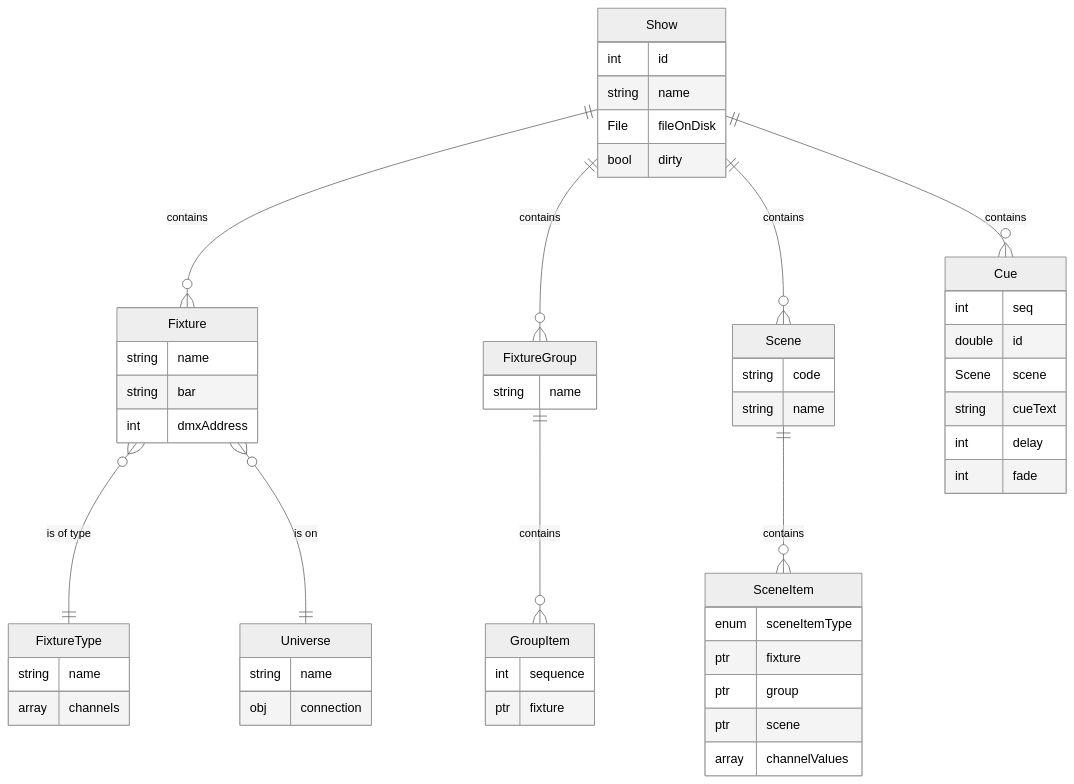
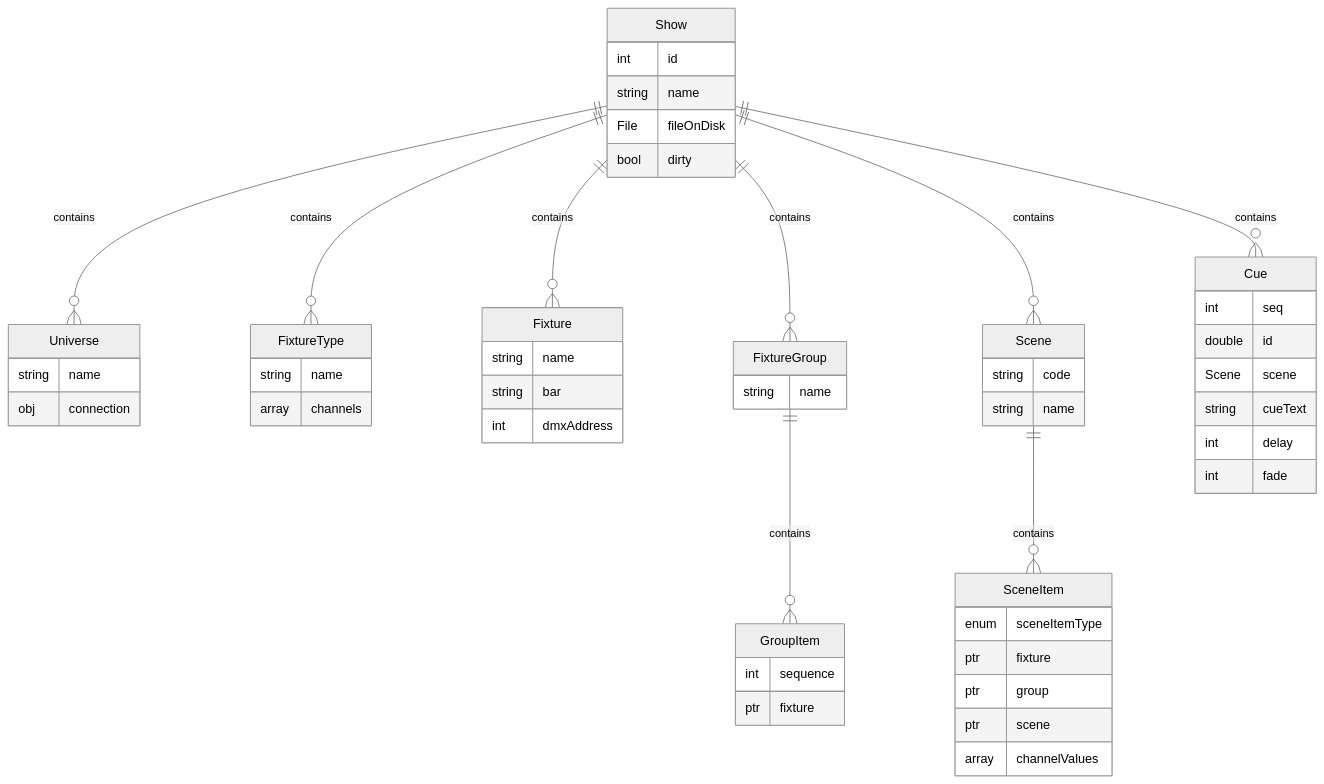
Before and after one commit to BrendanTWhite/Footlight: the diagram in docs/class_diagram.md, drawn with Mermaid (neutral theme).

Commit message:
better ER diagram

````diff
--- a/docs/class_diagram.md
+++ b/docs/class_diagram.md
@@ -5,72 +5,63 @@
 ```mermaid
 erDiagram
 
 Show {
     int id
     string name
     File fileOnDisk
     bool dirty
 }
 
+Show ||--o{ Universe : contains
+Universe {
+    string name
+    obj connection
+}
+
+Show ||--o{ FixtureType : contains
+FixtureType {
+    string name
+    array channels
+}
 
 Show ||--o{ Fixture : contains
-
 Fixture {
     string name
     string bar
     int dmxAddress
 }
 
-Fixture }o--|| FixtureType : "is of type"
-FixtureType {
-    string name
-    array channels
-}
-
-Fixture }o--|| Universe : "is on"
-Universe {
-    string name
-    obj connection
-}
-
-
 Show ||--o{ FixtureGroup : contains
-
 FixtureGroup {
     string name
 }
-
-
 FixtureGroup ||--o{ GroupItem : contains
 GroupItem {
     int sequence
     ptr fixture
 }
 
-
 Show ||--o{ Scene : contains
 Scene {
     string code
     string name
 }
-
 Scene ||--o{ SceneItem : "contains"
 SceneItem {
     enum sceneItemType
     ptr fixture
     ptr group
     ptr scene
     array channelValues
 }
-
 
 Show ||--o{ Cue : contains
 Cue {
     int seq
     double id
     Scene scene
     string cueText
     int delay
     int fade
 }
 ```
````
